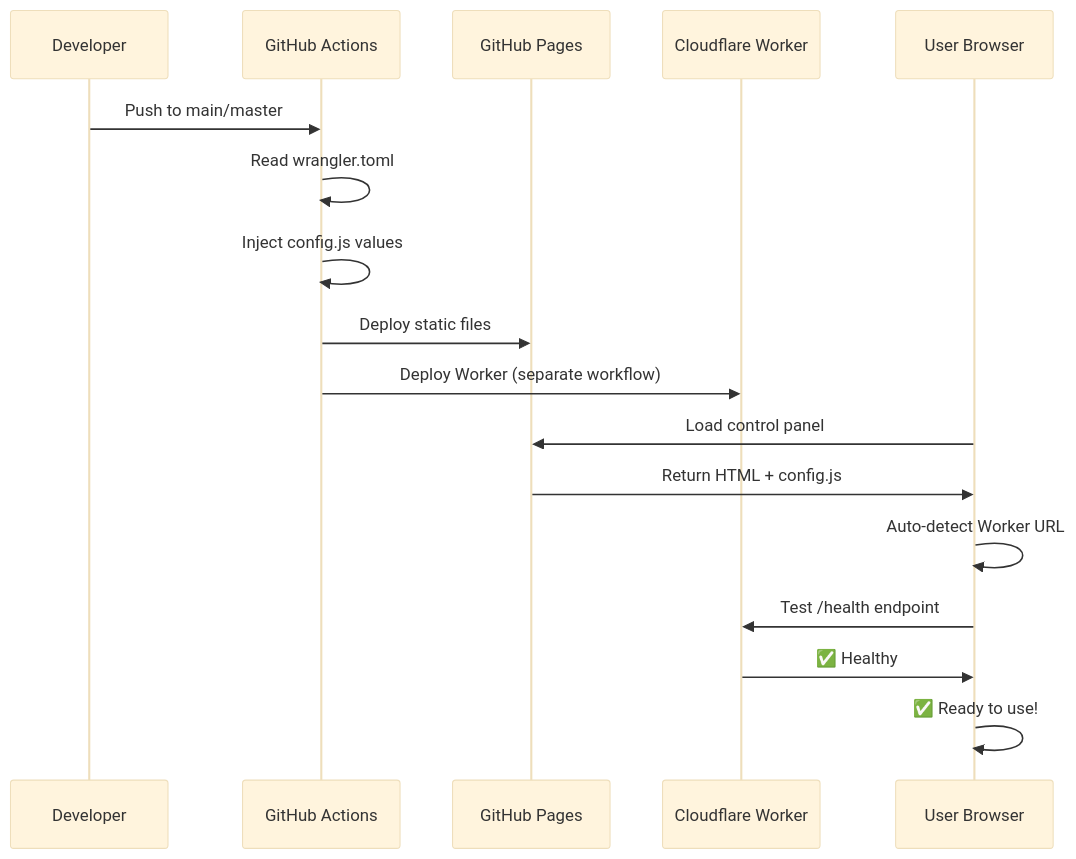
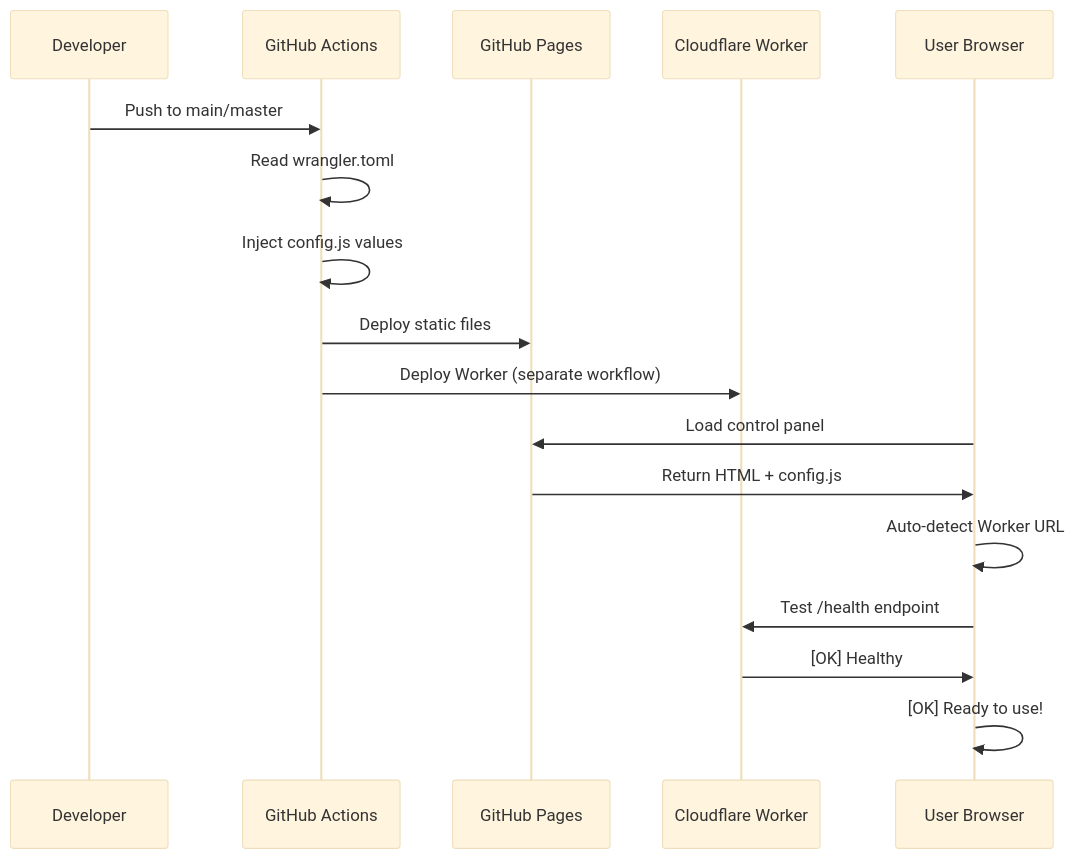
The first of 2 diagrams in docs/guides/auto-configuration.md (Underwood-Inc/strixun-stream-suite), drawn with Mermaid (base theme) before and after one commit. The commit also changed other lines of this file and 424 other files, not shown here.

````diff
--- a/docs/guides/auto-configuration.md
+++ b/docs/guides/auto-configuration.md
@@ -51,21 +51,21 @@
 ```mermaid
 sequenceDiagram
     participant Dev as Developer
     participant GH as GitHub Actions
     participant Pages as GitHub Pages
     participant CF as Cloudflare Worker
     participant User as User Browser
 
     Dev->>GH: Push to main/master
     GH->>GH: Read wrangler.toml
     GH->>GH: Inject config.js values
     GH->>Pages: Deploy static files
     GH->>CF: Deploy Worker (separate workflow)
     
     User->>Pages: Load control panel
     Pages->>User: Return HTML + config.js
     User->>User: Auto-detect Worker URL
     User->>CF: Test /health endpoint
-    CF->>User: ✅ Healthy
-    User->>User: ✅ Ready to use!
+    CF->>User: [OK] Healthy
+    User->>User: [OK] Ready to use!
 ```
````
